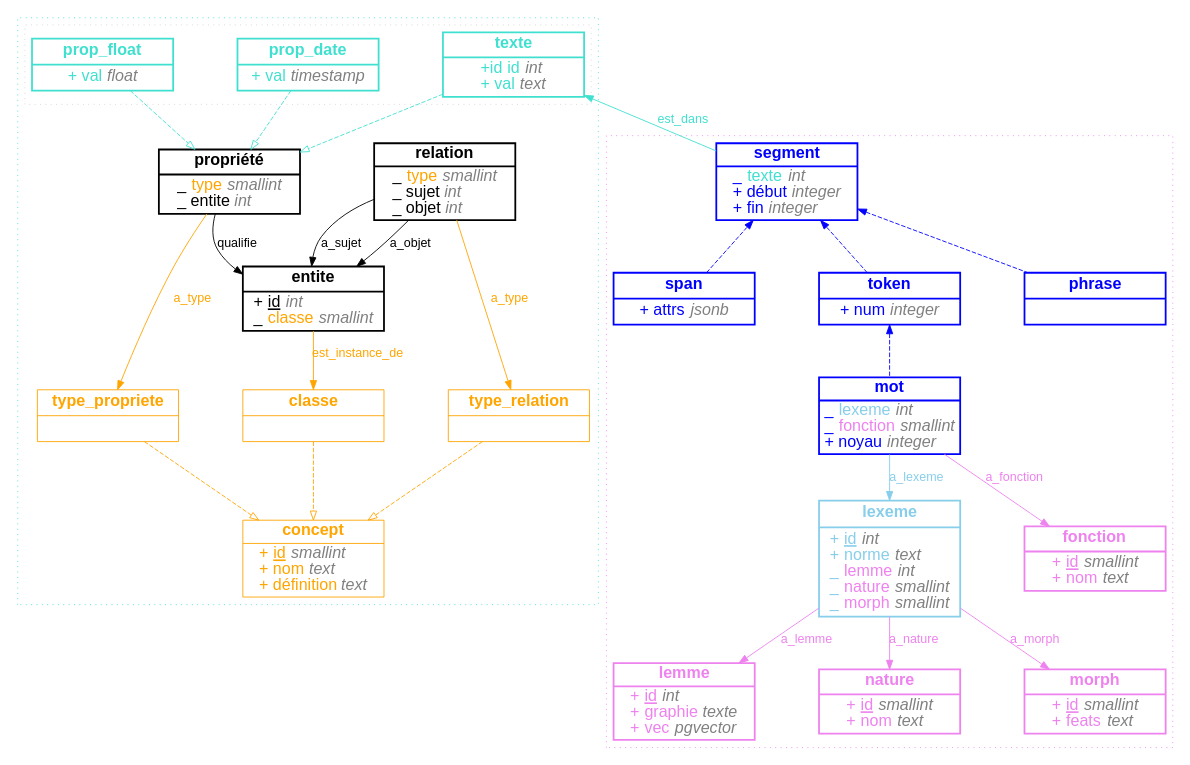
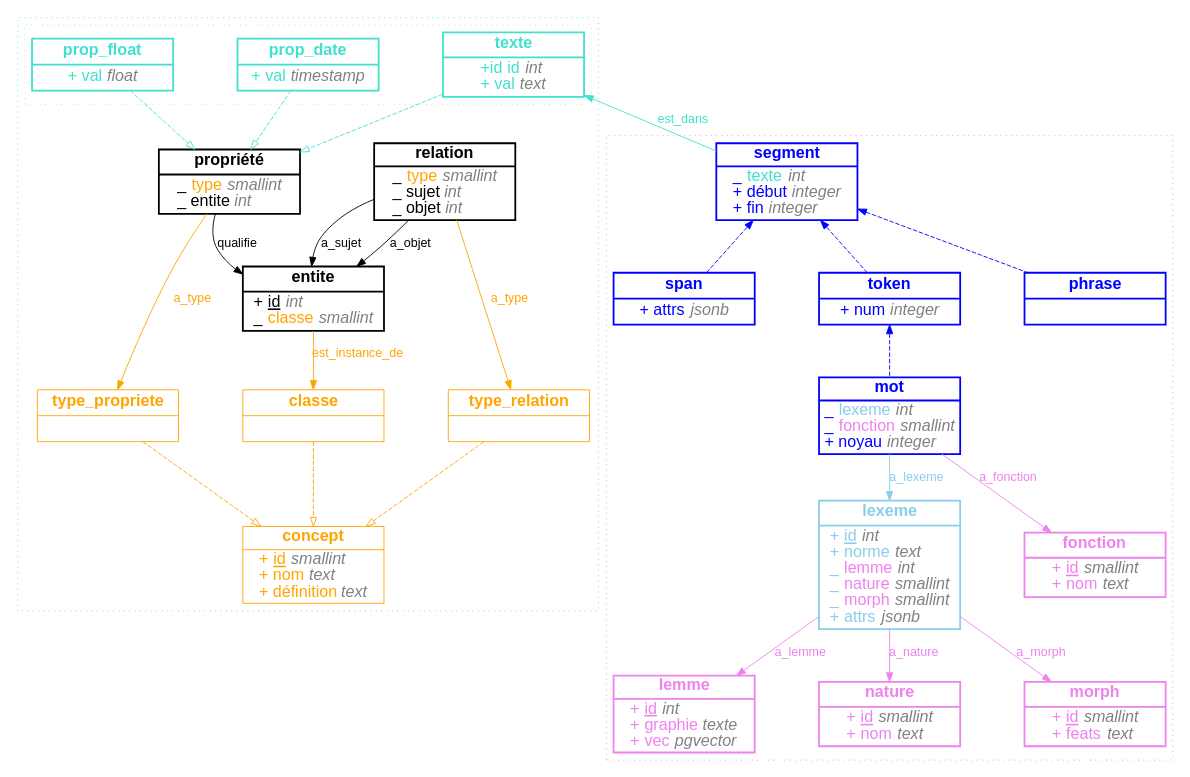
One commit to thjbdvlt/litteralement changed the diagram in img/diagram_records.dot. Above: the diagram before and after it, drawn with Graphviz. The commit also changed 2 other files, not shown here.

```diff
--- a/img/diagram_records.dot
+++ b/img/diagram_records.dot
@@ -313,11 +313,12 @@
 _ <font color="violet">lemme</font> <i><font color="grey">int</font></i><br align="left"/>
 _ <font color="violet">nature</font> <i><font color="grey">smallint</font></i><br align="left"/>
 _ <font color="violet">morph</font> <i><font color="grey">smallint</font></i><br align="left"/>
++ <font color="skyblue">attrs</font> <i><font color="grey">jsonb</font></i><br align="left"/>
 }>
             style=bold
             fixedsize=true
             width=2.2
-            height=1.8
+            height=2
             fontname=arial
             fontsize=18
             fontcolor="skyblue"
```
